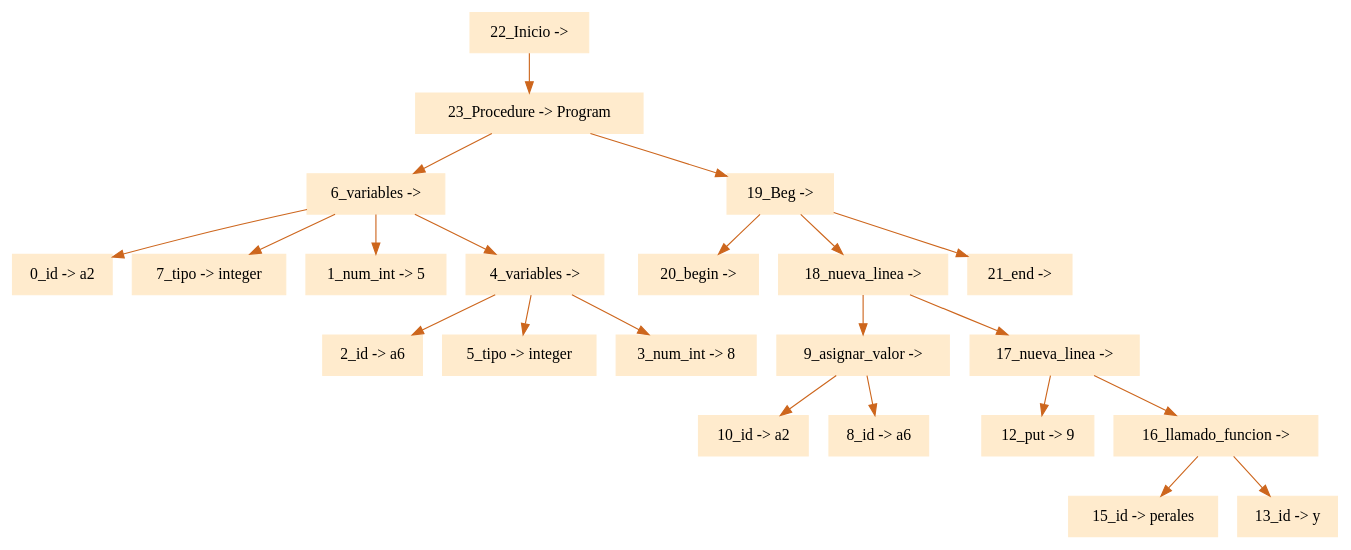
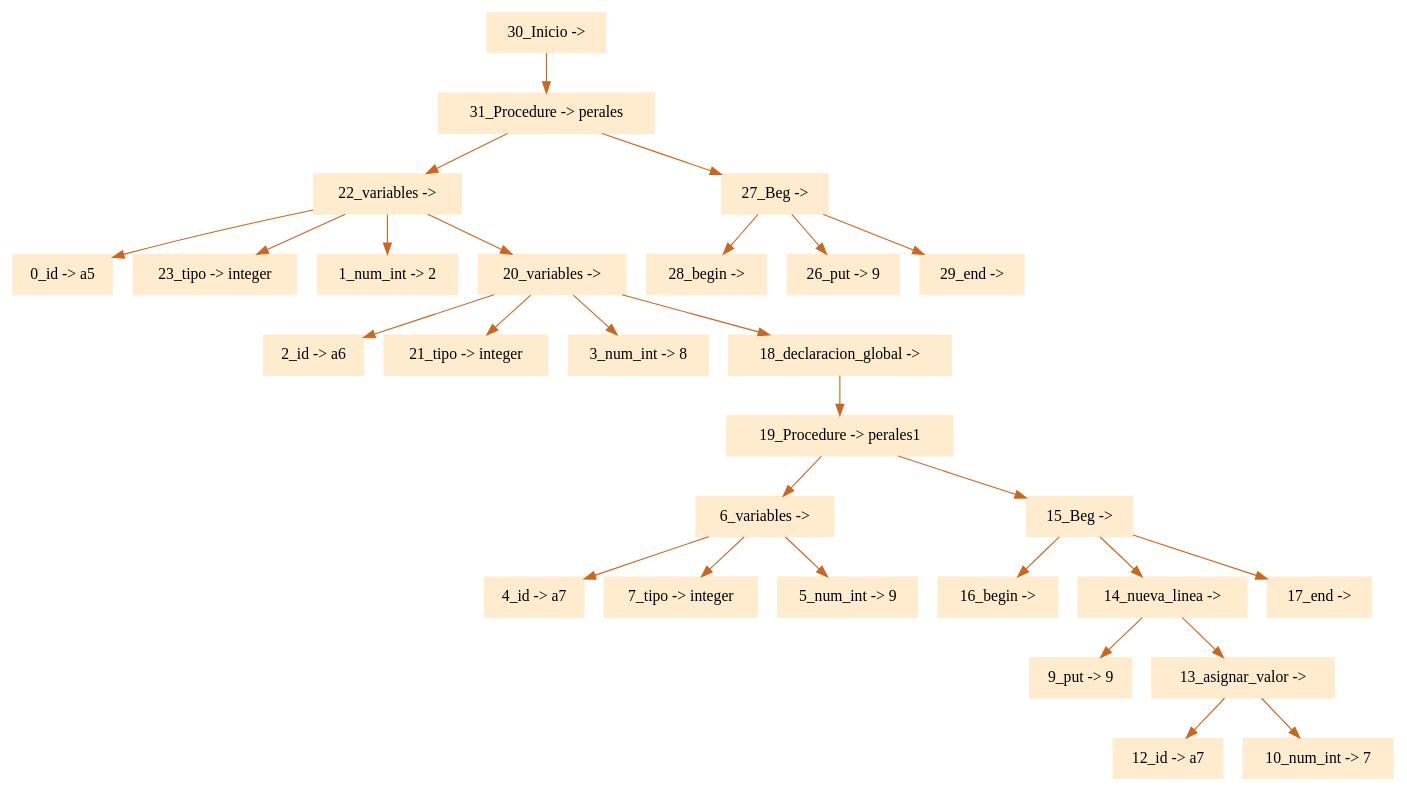
The diagram in ProyectoCompiladores/arbol.dot (eliasgz97/Proyecto_Compiladores), drawn with Graphviz before and after one commit. The commit also changed 3 other files, not shown here.

```diff
--- a/ProyectoCompiladores/arbol.dot
+++ b/ProyectoCompiladores/arbol.dot
@@ -1,26 +1,32 @@
 digraph G {node[shape=box, style=filled, color=blanchedalmond]; edge[color=chocolate3];rankdir=UD 
 
-"22_Inicio -> "->"23_Procedure -> Program"
-"23_Procedure -> Program"->"6_variables -> "
-"6_variables -> "->"0_id -> a2"
+"30_Inicio -> "->"31_Procedure -> perales"
+"31_Procedure -> perales"->"22_variables -> "
+"22_variables -> "->"0_id -> a5"
+"22_variables -> "->"23_tipo -> integer"
+"22_variables -> "->"1_num_int -> 2"
+"22_variables -> "->"20_variables -> "
+"20_variables -> "->"2_id -> a6"
+"20_variables -> "->"21_tipo -> integer"
+"20_variables -> "->"3_num_int -> 8"
+"20_variables -> "->"18_declaracion_global -> "
+"18_declaracion_global -> "->"19_Procedure -> perales1"
+"19_Procedure -> perales1"->"6_variables -> "
+"6_variables -> "->"4_id -> a7"
 "6_variables -> "->"7_tipo -> integer"
-"6_variables -> "->"1_num_int -> 5"
-"6_variables -> "->"4_variables -> "
-"4_variables -> "->"2_id -> a6"
-"4_variables -> "->"5_tipo -> integer"
-"4_variables -> "->"3_num_int -> 8"
-"23_Procedure -> Program"->"19_Beg -> "
-"19_Beg -> "->"20_begin -> "
-"19_Beg -> "->"18_nueva_linea -> "
-"18_nueva_linea -> "->"9_asignar_valor -> "
-"9_asignar_valor -> "->"10_id -> a2"
-"9_asignar_valor -> "->"8_id -> a6"
-"18_nueva_linea -> "->"17_nueva_linea -> "
-"17_nueva_linea -> "->"12_put -> 9"
-"17_nueva_linea -> "->"16_llamado_funcion -> "
-"16_llamado_funcion -> "->"15_id -> perales"
-"16_llamado_funcion -> "->"13_id -> y"
-"19_Beg -> "->"21_end -> "
+"6_variables -> "->"5_num_int -> 9"
+"19_Procedure -> perales1"->"15_Beg -> "
+"15_Beg -> "->"16_begin -> "
+"15_Beg -> "->"14_nueva_linea -> "
+"14_nueva_linea -> "->"9_put -> 9"
+"14_nueva_linea -> "->"13_asignar_valor -> "
+"13_asignar_valor -> "->"12_id -> a7"
+"13_asignar_valor -> "->"10_num_int -> 7"
+"15_Beg -> "->"17_end -> "
+"31_Procedure -> perales"->"27_Beg -> "
+"27_Beg -> "->"28_begin -> "
+"27_Beg -> "->"26_put -> 9"
+"27_Beg -> "->"29_end -> "
 
 
 }
```
